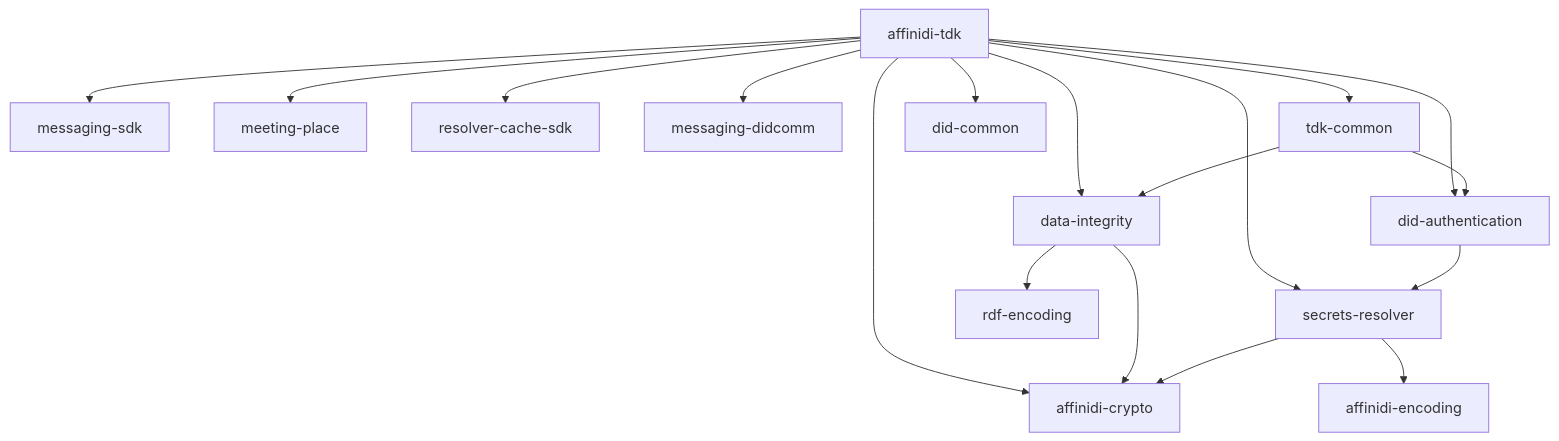
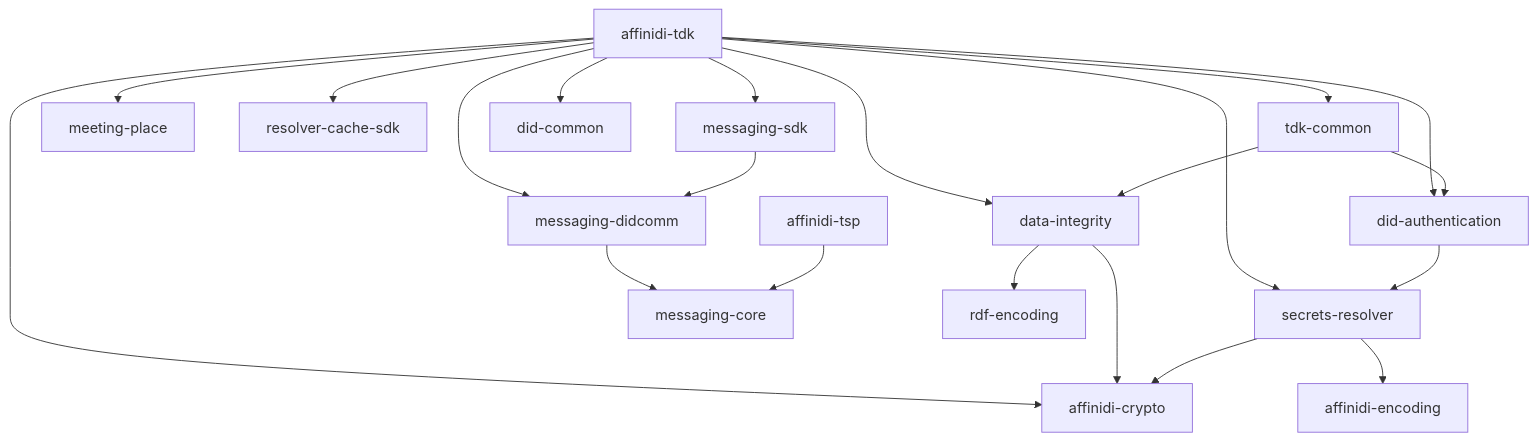
One commit to affinidi/affinidi-tdk-rs changed the diagram in crates/tdk/README.md. Above: the diagram before and after it, drawn with Mermaid. The commit also changed other lines of this file and 250 other files, not shown here.

````diff
--- a/crates/tdk/README.md
+++ b/crates/tdk/README.md
@@ -34,22 +34,26 @@
 ```mermaid
 graph TD
     TDK["affinidi-tdk"]
     TDK --> MSGSDK["messaging-sdk"]
     TDK --> MP["meeting-place"]
     TDK --> DI["data-integrity"]
     TDK --> CACHESDK["resolver-cache-sdk"]
     TDK --> DIDCOMM["messaging-didcomm"]
     TDK --> AUTH["did-authentication"]
     TDK --> SECRETS["secrets-resolver"]
     TDK --> CRYPTO["affinidi-crypto"]
     TDK --> TDKC["tdk-common"]
     TDK --> DIDCOMMON["did-common"]
 
+    MSGSDK --> DIDCOMM
+    DIDCOMM --> CORE["messaging-core"]
+    TSP["affinidi-tsp"] --> CORE
+
     DI --> CRYPTO
     DI --> RDF["rdf-encoding"]
     SECRETS --> CRYPTO
     SECRETS --> ENC["affinidi-encoding"]
     AUTH --> SECRETS
     TDKC --> AUTH
     TDKC --> DI
 ```
````
